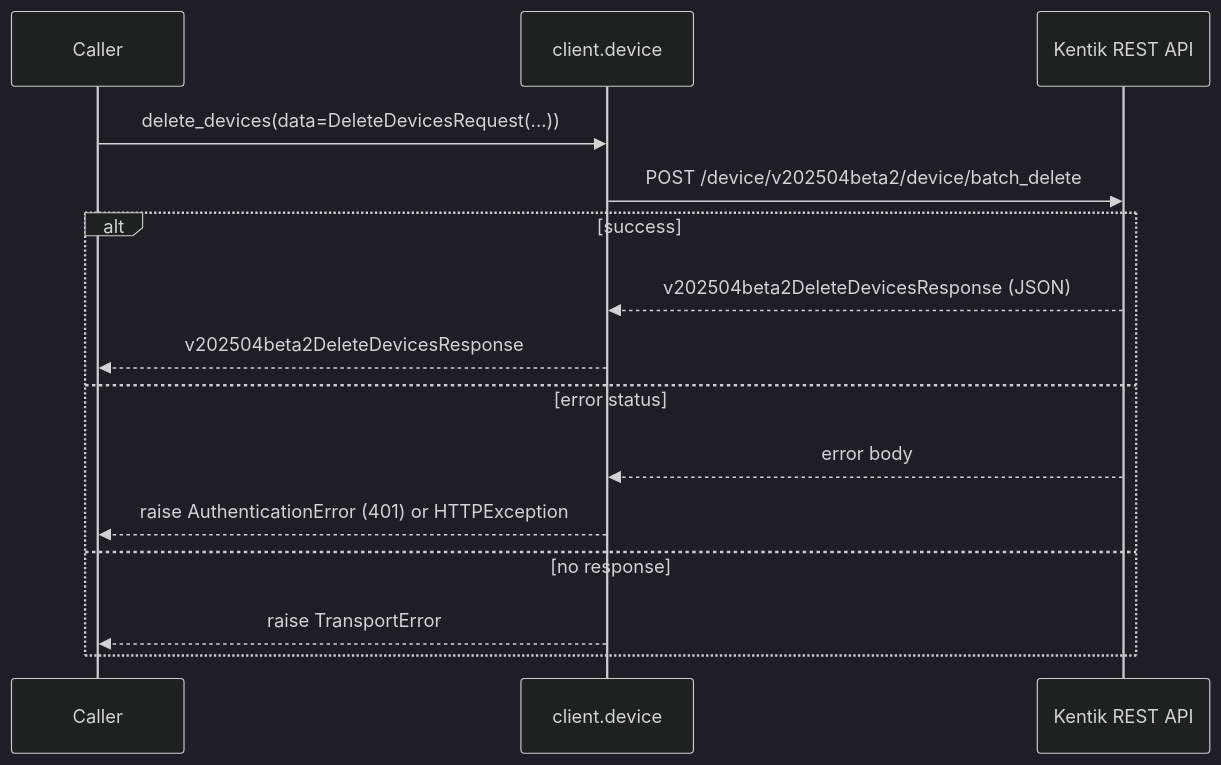
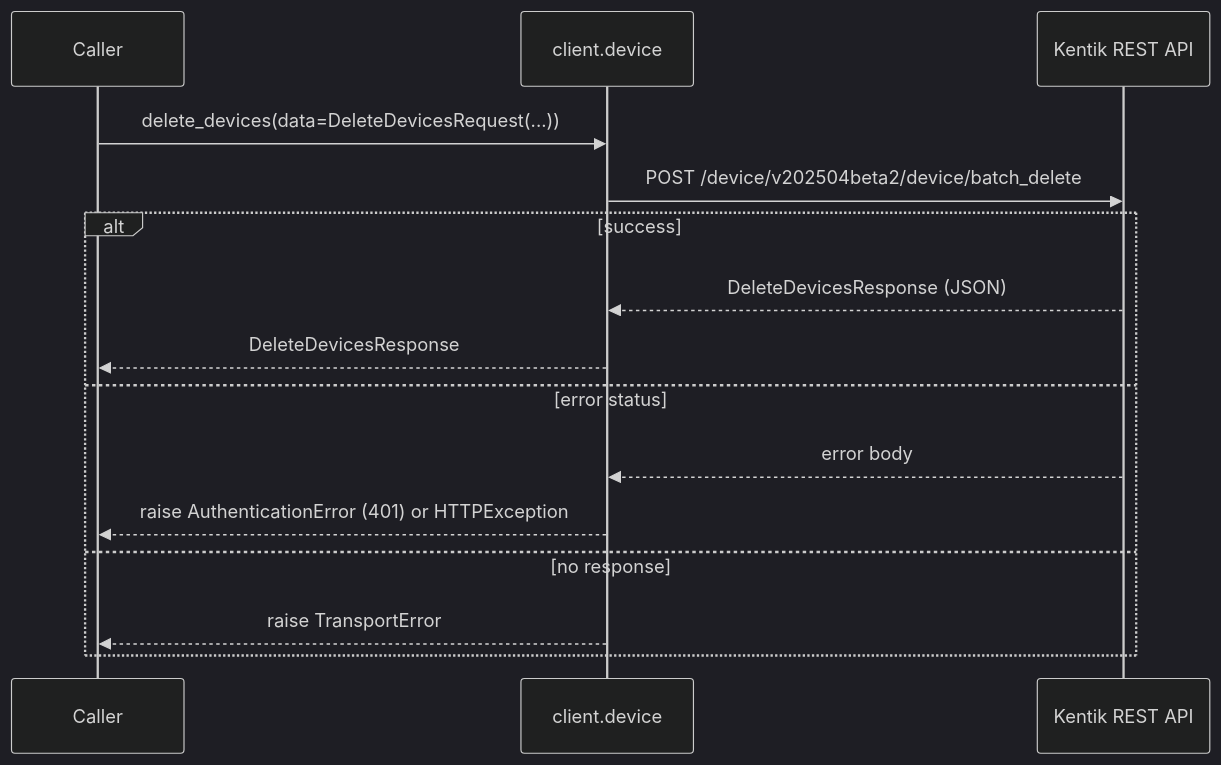
One commit to alexdearaujo/community_sdk_python changed the eighth of 22 diagrams in docs/sphinx/services/device.md. Above: the diagram before and after it, drawn with Mermaid (dark theme). The commit also changed other lines of this file and 38 other files, not shown here.

````diff
--- a/docs/sphinx/services/device.md
+++ b/docs/sphinx/services/device.md
@@ -265,18 +265,18 @@
 ```mermaid
 sequenceDiagram
     participant C as Caller
     participant W as client.device
     participant API as Kentik REST API
 
     C->>W: delete_devices(data=DeleteDevicesRequest(...))
     W->>API: POST /device/v202504beta2/device/batch_delete
     alt success
-        API-->>W: v202504beta2DeleteDevicesResponse (JSON)
-        W-->>C: v202504beta2DeleteDevicesResponse
+        API-->>W: DeleteDevicesResponse (JSON)
+        W-->>C: DeleteDevicesResponse
     else error status
         API-->>W: error body
         W-->>C: raise AuthenticationError (401) or HTTPException
     else no response
         W-->>C: raise TransportError
     end
 ```
````
